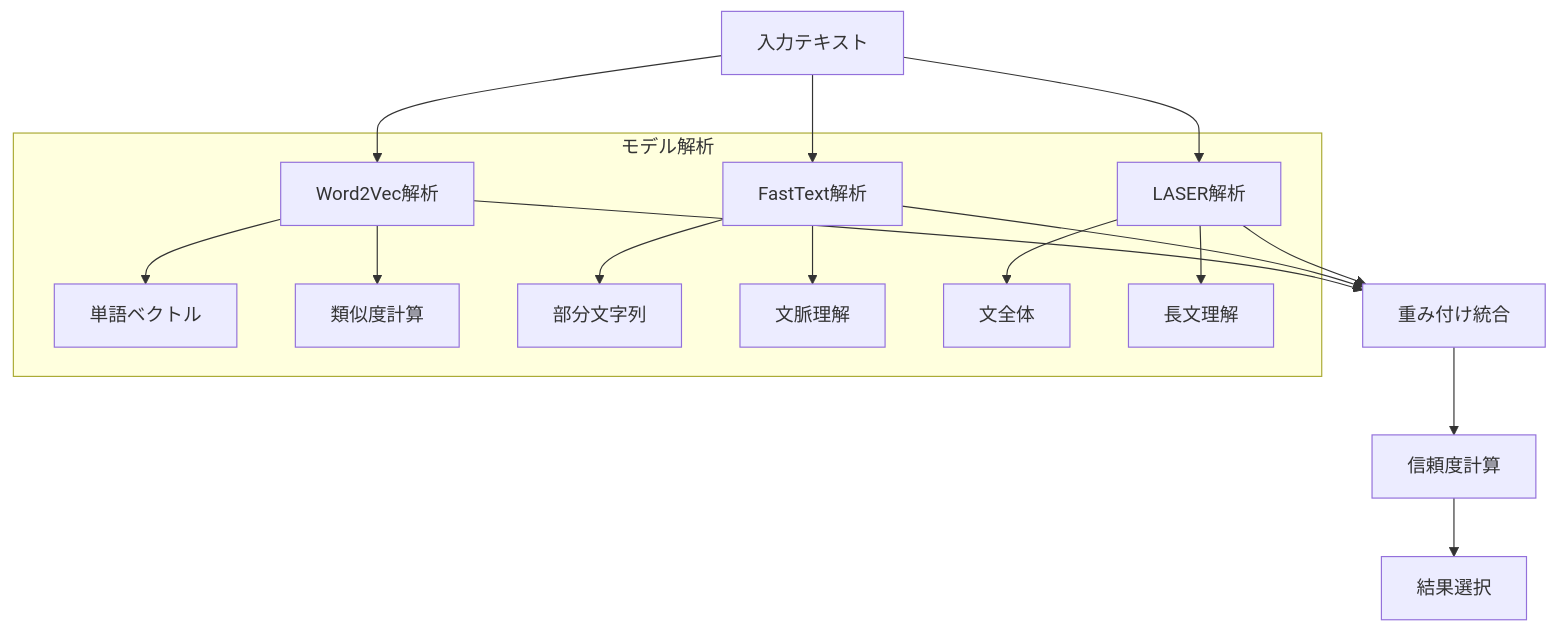
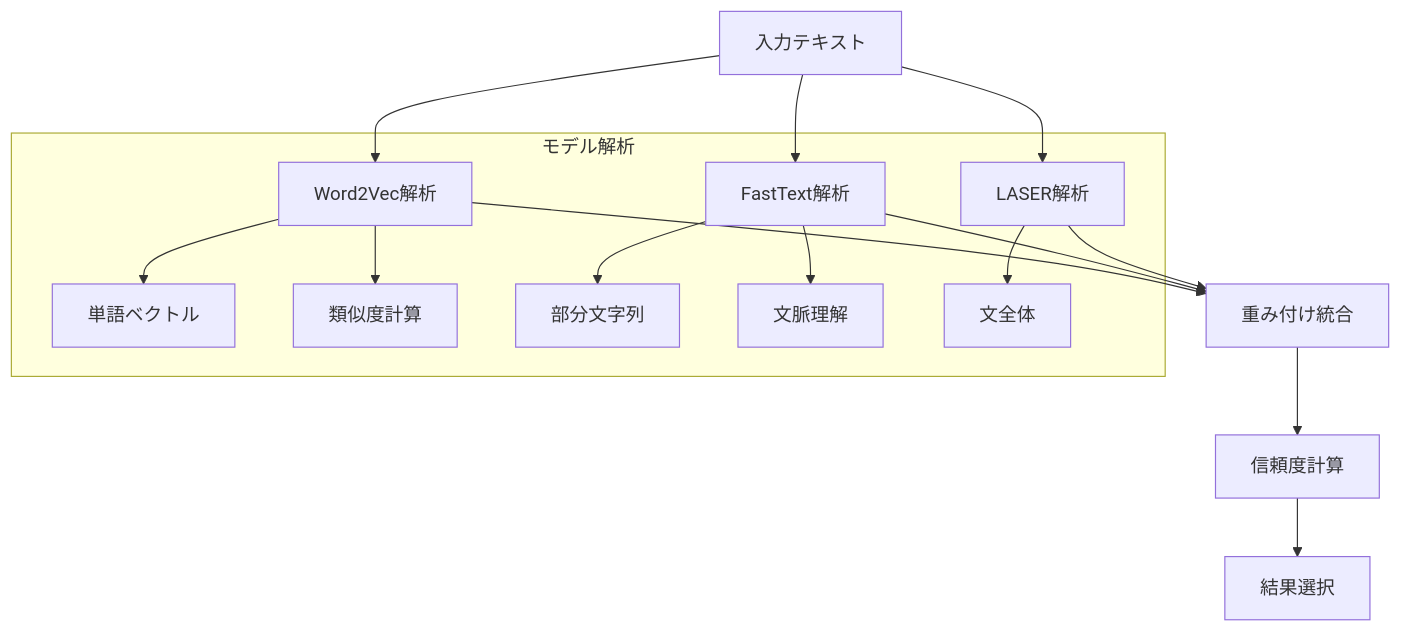
One commit to YL08140921/Task-Manager-for-Slack-bot changed the diagram in docs/components/ensemble.md. Above: the diagram before and after it, drawn with Mermaid.

Commit message:
EnsembleModelのdocs-修正

````diff
--- a/docs/components/ensemble.md
+++ b/docs/components/ensemble.md
@@ -508,22 +508,21 @@
 ```mermaid
 graph TD
     A[入力テキスト] --> B[Word2Vec解析]
     A --> C[FastText解析]
     A --> D[LASER解析]
     
     B --> E[重み付け統合]
     C --> E
     D --> E
     
     E --> F[信頼度計算]
     F --> G[結果選択]
     
     subgraph "モデル解析"
         B --> B1[単語ベクトル]
         B --> B2[類似度計算]
         C --> C1[部分文字列]
         C --> C2[文脈理解]
         D --> D1[文全体]
-        D --> D2[長文理解]
     end
 ```
````
